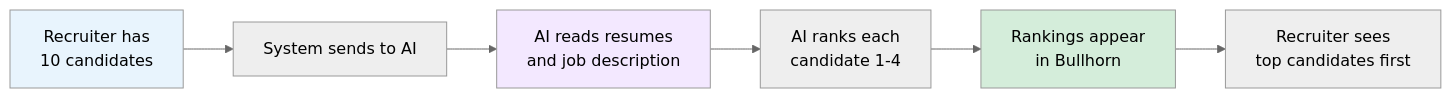
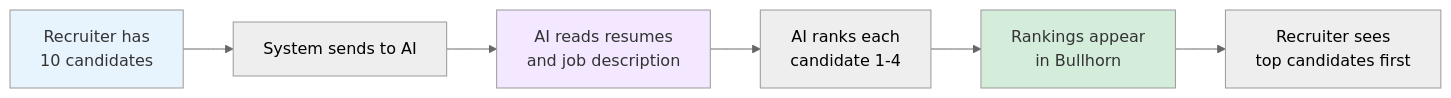
Before and after one commit to Jackson-G2/bullhorn-ai-integration: the first of 6 diagrams in README.md, drawn with Mermaid (neutral theme). The commit also changed other lines of this file and 15 other files, not shown here.

First line of the commit message:
Fix diagram text readability by using dark text on light fills

````diff
--- a/README.md
+++ b/README.md
@@ -63,12 +40,12 @@
 ```mermaid
 flowchart LR
     A[Recruiter has<br/>10 candidates] --> B[System sends to AI]
     B --> C[AI reads resumes<br/>and job description]
     C --> D[AI ranks each<br/>candidate 1-4]
     D --> E[Rankings appear<br/>in Bullhorn]
     E --> F[Recruiter sees<br/>top candidates first]
-    
-    style A fill:#E8F4FD
-    style C fill:#F3E8FF
-    style E fill:#D4EDDA
+
+    style A fill:#E8F4FD,color:#333
+    style C fill:#F3E8FF,color:#333
+    style E fill:#D4EDDA,color:#333
 ```
````
